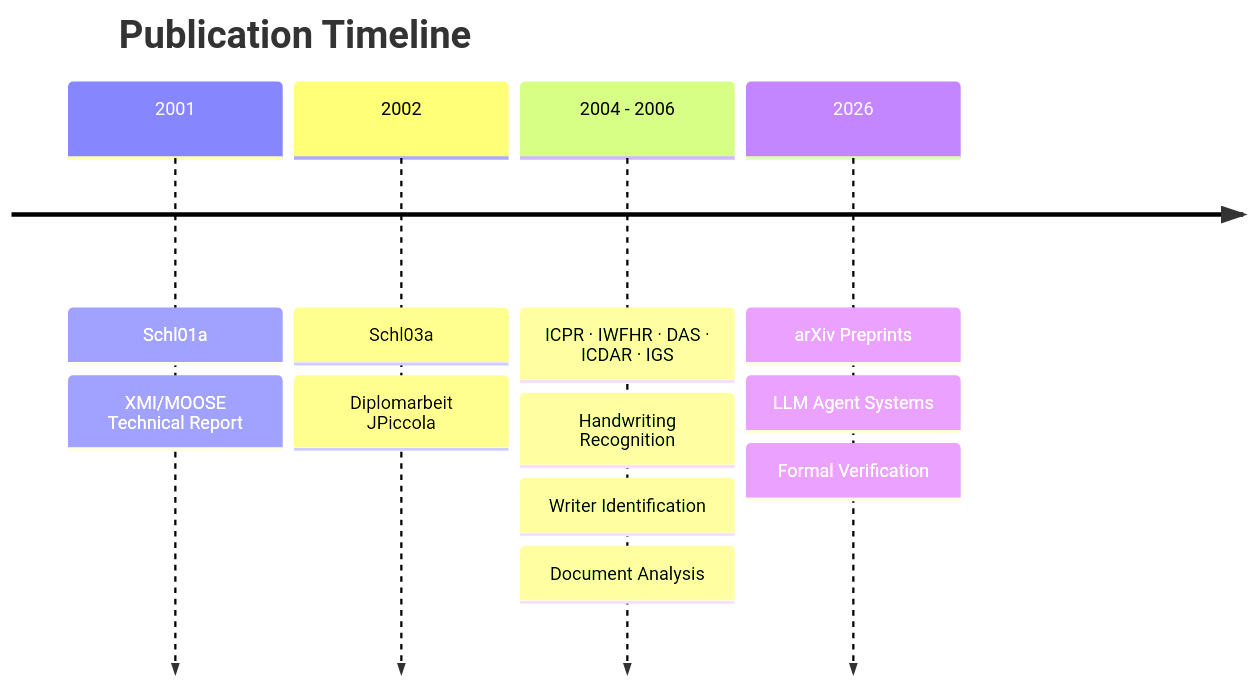
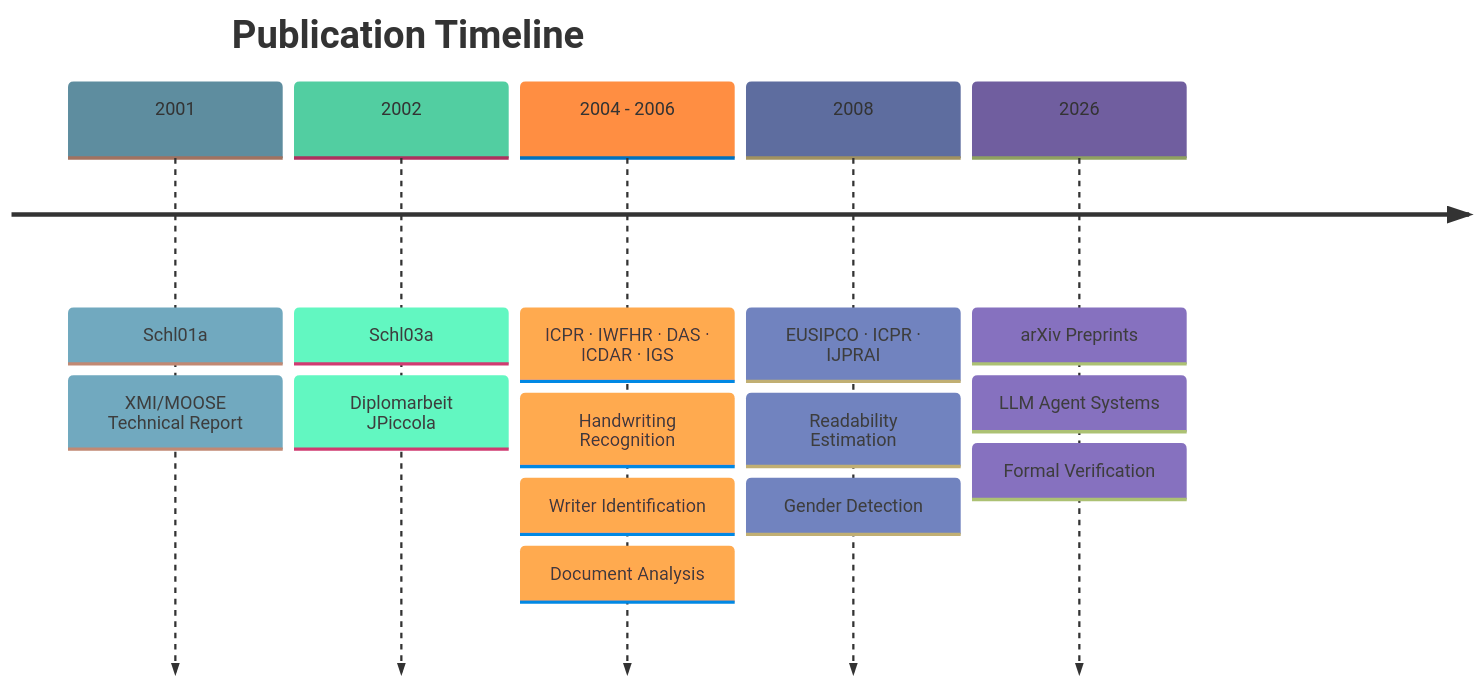
The second of 2 diagrams in README.md (schlpbch/publications), drawn with Mermaid before and after one commit. The commit also changed other lines of this file and 3 other files, not shown here.

````diff
--- a/README.md
+++ b/README.md
@@ -119,15 +113,19 @@
 ```mermaid
+%%{init: {'theme': 'base', 'themeVariables': {'primaryColor': '#aec6cf', 'primaryTextColor': '#333333', 'primaryBorderColor': '#999999', 'lineColor': '#999999', 'secondaryColor': '#b5ead7', 'tertiaryColor': '#ffdac1'}}}%%
 timeline
     title Publication Timeline
     2001        : Schl01a
                 : XMI/MOOSE Technical Report
     2002        : Schl03a
                 : Diplomarbeit JPiccola
     2004 - 2006 : ICPR · IWFHR · DAS · ICDAR · IGS
                 : Handwriting Recognition
                 : Writer Identification
                 : Document Analysis
+    2008        : EUSIPCO · ICPR · IJPRAI
+                : Readability Estimation
+                : Gender Detection
     2026        : arXiv Preprints
                 : LLM Agent Systems
                 : Formal Verification
 ```
````
